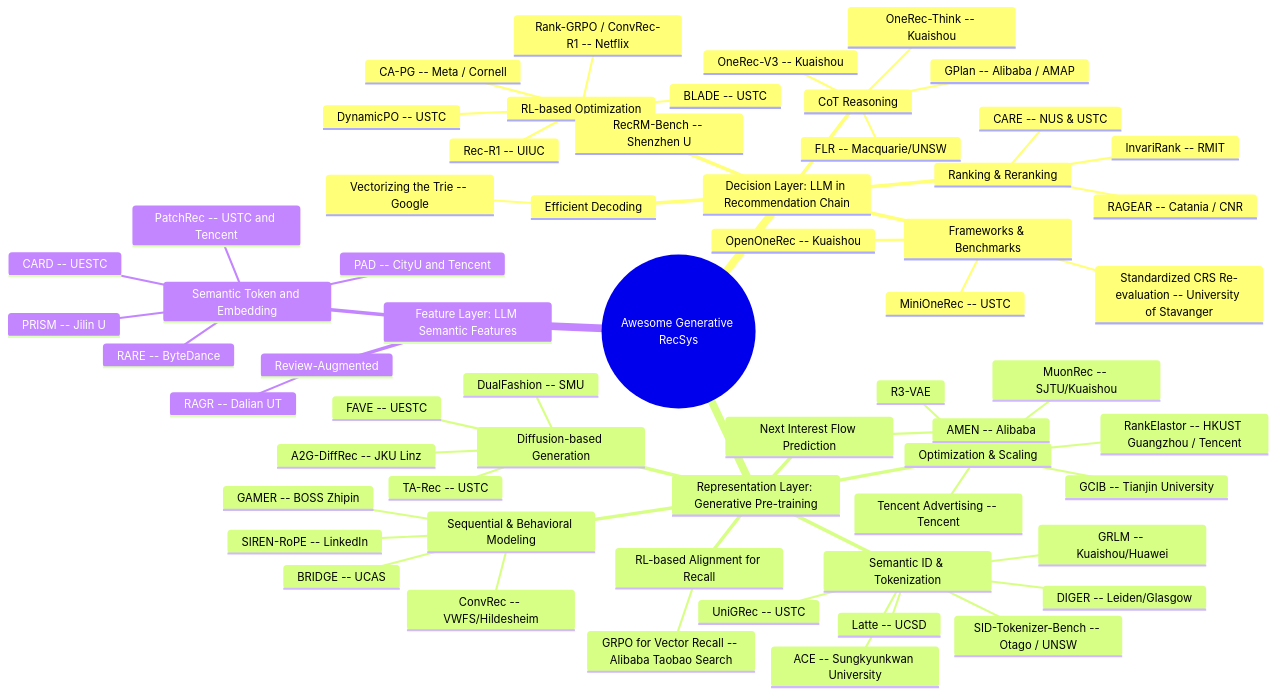
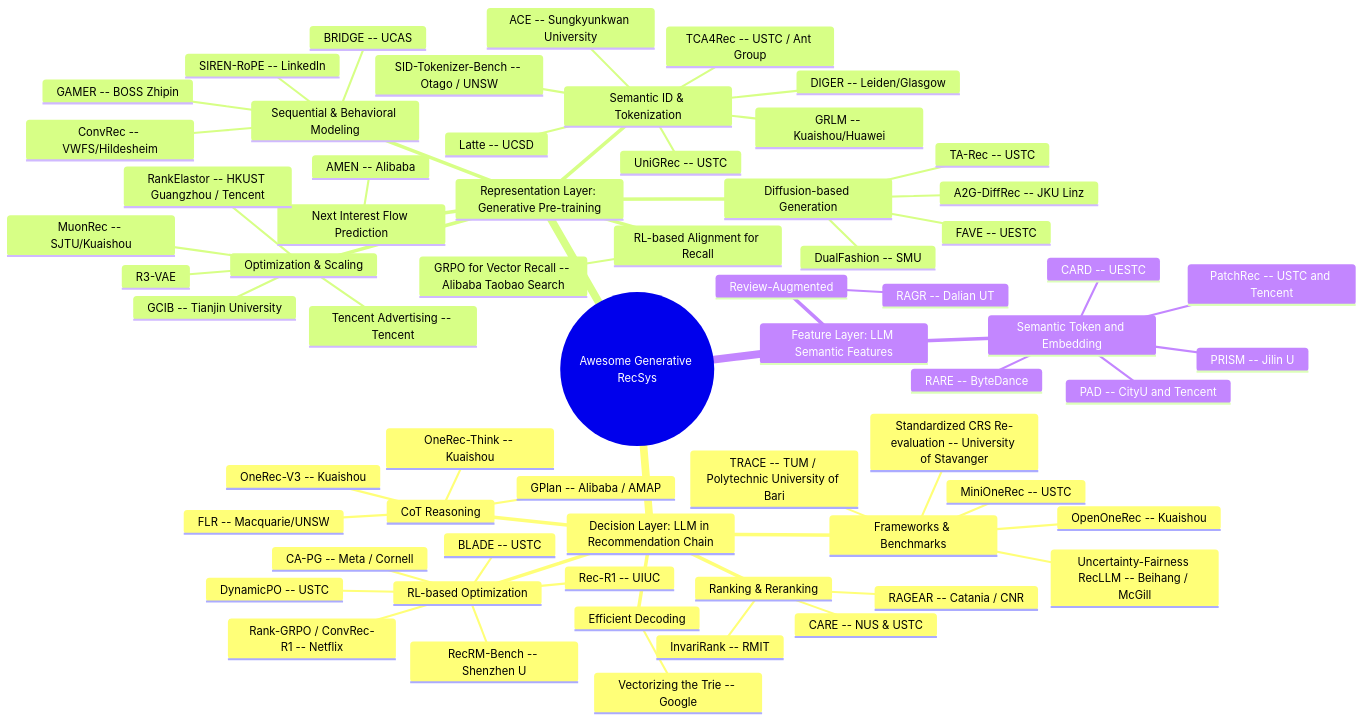
The diagram in README.md (HaFred/awesome-generative-recsys), drawn with Mermaid before and after one commit. The commit also changed other lines of this file, not shown here.

Commit message:
feat: 5 missed papers May 31 (UniNote KDD2026 Xiaohongshu, TRACE SIGIR2026 TUM, TCA4Rec WWW2026 USTC/Ant, GenderRace Bias, Uncertainty/Fairness RecLLM)

````diff
--- a/README.md
+++ b/README.md
@@ -6,64 +6,67 @@
 ```mermaid
 mindmap
   root((Awesome Generative RecSys))
     Decision Layer: LLM in Recommendation Chain
       CoT Reasoning
         OneRec-Think -- Kuaishou
         OneRec-V3 -- Kuaishou
         GPlan -- Alibaba / AMAP
         FLR -- Macquarie/UNSW
       RL-based Optimization
         Rank-GRPO / ConvRec-R1 -- Netflix
         Rec-R1 -- UIUC
         DynamicPO -- USTC
         RecRM-Bench -- Shenzhen U
         BLADE -- USTC
         CA-PG -- Meta / Cornell
       Ranking & Reranking
         CARE -- NUS & USTC
         InvariRank -- RMIT
         RAGEAR -- Catania / CNR
       Frameworks & Benchmarks
+        TRACE -- TUM / Polytechnic University of Bari
+        Uncertainty-Fairness RecLLM -- Beihang / McGill
         Standardized CRS Re-evaluation -- University of Stavanger
         OpenOneRec -- Kuaishou
         MiniOneRec -- USTC
       Efficient Decoding
         Vectorizing the Trie -- Google
     Representation Layer: Generative Pre-training
       Semantic ID & Tokenization
+        TCA4Rec -- USTC / Ant Group
         Latte -- UCSD
         DIGER -- Leiden/Glasgow
         UniGRec -- USTC
         GRLM -- Kuaishou/Huawei
         SID-Tokenizer-Bench -- Otago / UNSW
         ACE -- Sungkyunkwan University
       Next Interest Flow Prediction
         AMEN -- Alibaba
       RL-based Alignment for Recall
         GRPO for Vector Recall -- Alibaba Taobao Search
       Diffusion-based Generation
         A2G-DiffRec -- JKU Linz
         TA-Rec -- USTC
         DualFashion -- SMU
         FAVE -- UESTC
       Sequential & Behavioral Modeling
         GAMER -- BOSS Zhipin
         SIREN-RoPE -- LinkedIn
         ConvRec -- VWFS/Hildesheim
         BRIDGE -- UCAS
       Optimization & Scaling
         MuonRec -- SJTU/Kuaishou
         R3-VAE
         Tencent Advertising -- Tencent
         RankElastor -- HKUST Guangzhou / Tencent
         GCIB -- Tianjin University
     Feature Layer: LLM Semantic Features
       Semantic Token and Embedding
         PatchRec -- USTC and Tencent
         PAD -- CityU and Tencent
         RARE -- ByteDance
         CARD -- UESTC
         PRISM -- Jilin U
       Review-Augmented
         RAGR -- Dalian UT
 ```
````
